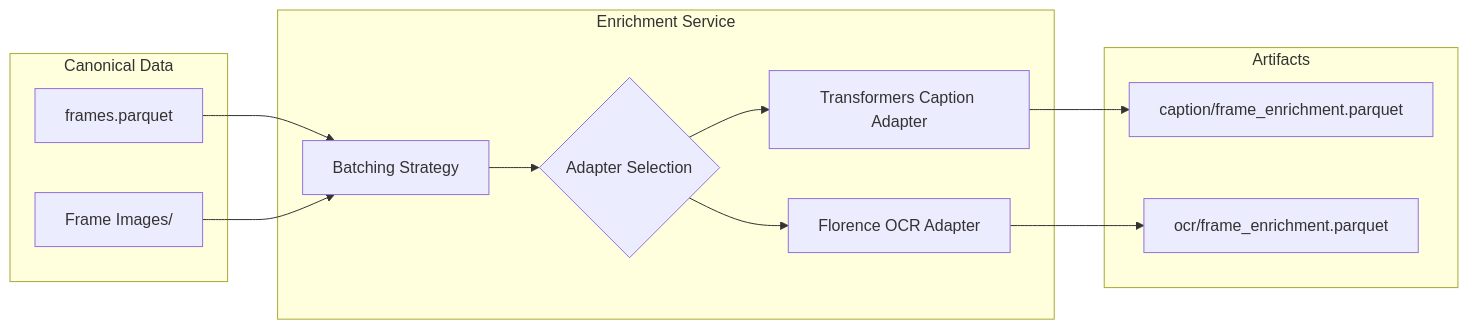
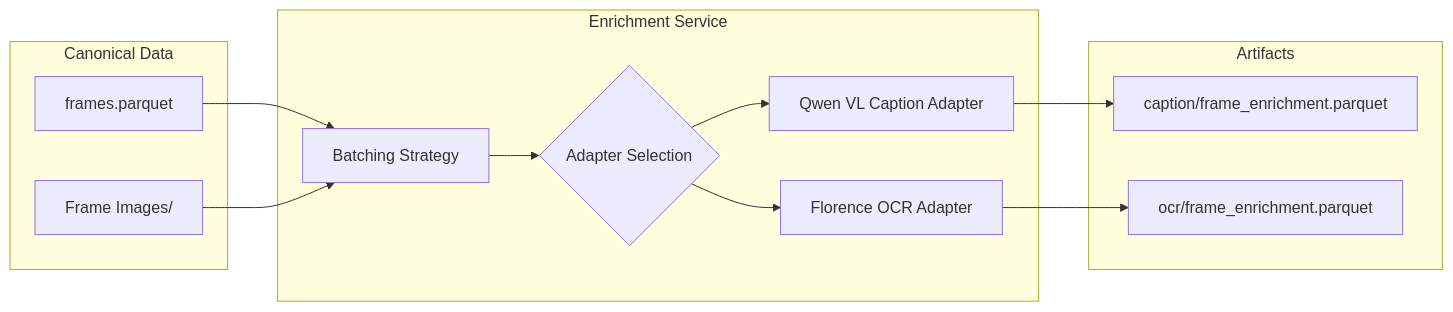
One commit to khang1108/MLeCDanBGold changed the second of 3 diagrams in src/hcmai/data/WORKFLOW.md. Above: the diagram before and after it, drawn with Mermaid. The commit also changed other lines of this file and 17 other files, not shown here.

````diff
--- a/src/hcmai/data/WORKFLOW.md
+++ b/src/hcmai/data/WORKFLOW.md
@@ -56,28 +56,28 @@
 ```mermaid
 flowchart LR
     subgraph Canonical Data
         FramesParquet[frames.parquet]
         ImagesDir[Frame Images/]
     end
 
     subgraph Enrichment Service
         Batches[Batching Strategy]
         Adapter{Adapter Selection}
-        VLMCaption[Transformers Caption Adapter]
+        VLMCaption[Qwen VL Caption Adapter]
         OCRModel[Florence OCR Adapter]
     end
 
     subgraph Artifacts
         CaptionParquet[caption/frame_enrichment.parquet]
         OCRParquet[ocr/frame_enrichment.parquet]
     end
 
     FramesParquet --> Batches
     ImagesDir --> Batches
     Batches --> Adapter
     Adapter --> VLMCaption
     Adapter --> OCRModel
     
     VLMCaption --> CaptionParquet
     OCRModel --> OCRParquet
 ```
````
